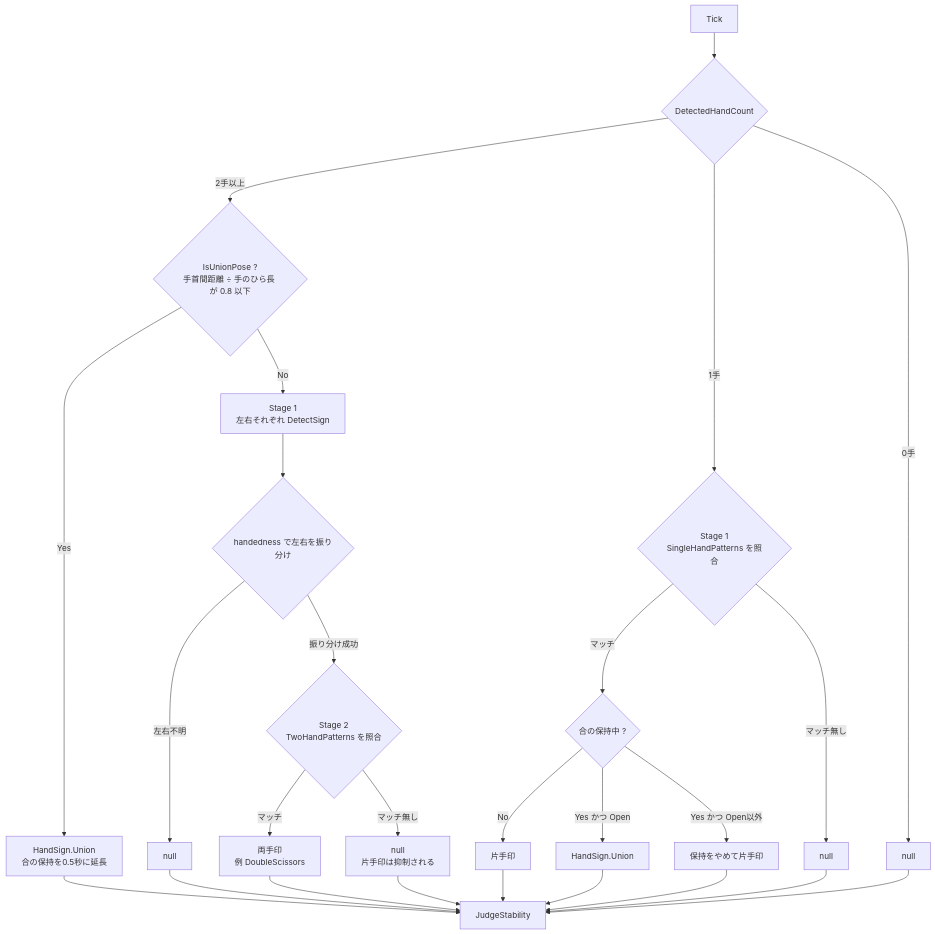
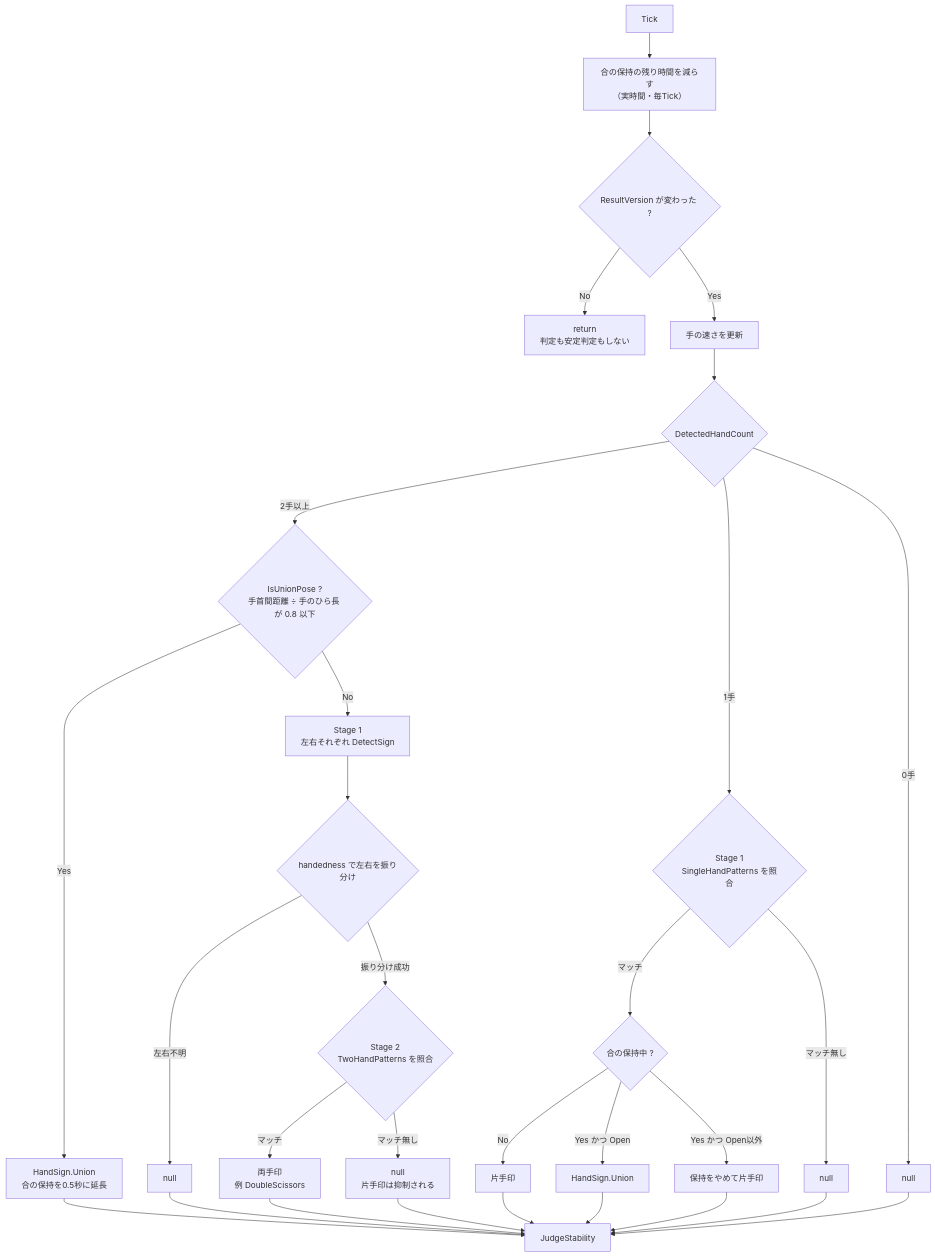
One commit to Kapi0622/MUDRA changed the second of 3 diagrams in MUDRA/docs/architecture/01_hand_input.md. Above: the diagram before and after it, drawn with Mermaid. The commit also changed other lines of this file and 4 other files, not shown here.

````diff
--- a/MUDRA/docs/architecture/01_hand_input.md
+++ b/MUDRA/docs/architecture/01_hand_input.md
@@ -130,32 +130,36 @@
 ```mermaid
 flowchart TD
-    T["Tick"] --> Q{"DetectedHandCount"}
+    T["Tick"] --> H["合の保持の残り時間を減らす<br/>（実時間・毎Tick）"]
+    H --> RV{"ResultVersion が変わった ?"}
+    RV -->|"No"| SKIP["return<br/>判定も安定判定もしない"]
+    RV -->|"Yes"| SP["手の速さを更新"]
+    SP --> Q{"DetectedHandCount"}
 
     Q -->|"2手以上"| U{"IsUnionPose ?<br/>手首間距離 ÷ 手のひら長 が 0.8 以下"}
     U -->|"Yes"| UN["HandSign.Union<br/>合の保持を0.5秒に延長"]
     U -->|"No"| S1["Stage 1<br/>左右それぞれ DetectSign"]
     S1 --> HD{"handedness で左右を振り分け"}
     HD -->|"左右不明"| N1["null"]
     HD -->|"振り分け成功"| S2{"Stage 2<br/>TwoHandPatterns を照合"}
     S2 -->|"マッチ"| TWO["両手印<br/>例 DoubleScissors"]
     S2 -->|"マッチ無し"| N2["null<br/>片手印は抑制される"]
 
     Q -->|"1手"| S1B{"Stage 1<br/>SingleHandPatterns を照合"}
     S1B -->|"マッチ"| HOLD{"合の保持中 ?"}
     HOLD -->|"No"| ONE["片手印"]
     HOLD -->|"Yes かつ Open"| UN2["HandSign.Union"]
     HOLD -->|"Yes かつ Open以外"| ONE2["保持をやめて片手印"]
     S1B -->|"マッチ無し"| N3["null"]
 
     Q -->|"0手"| N4["null"]
 
     UN --> JS["JudgeStability"]
     TWO --> JS
     ONE --> JS
     UN2 --> JS
     ONE2 --> JS
     N1 --> JS
     N2 --> JS
     N3 --> JS
     N4 --> JS
 ```
````
